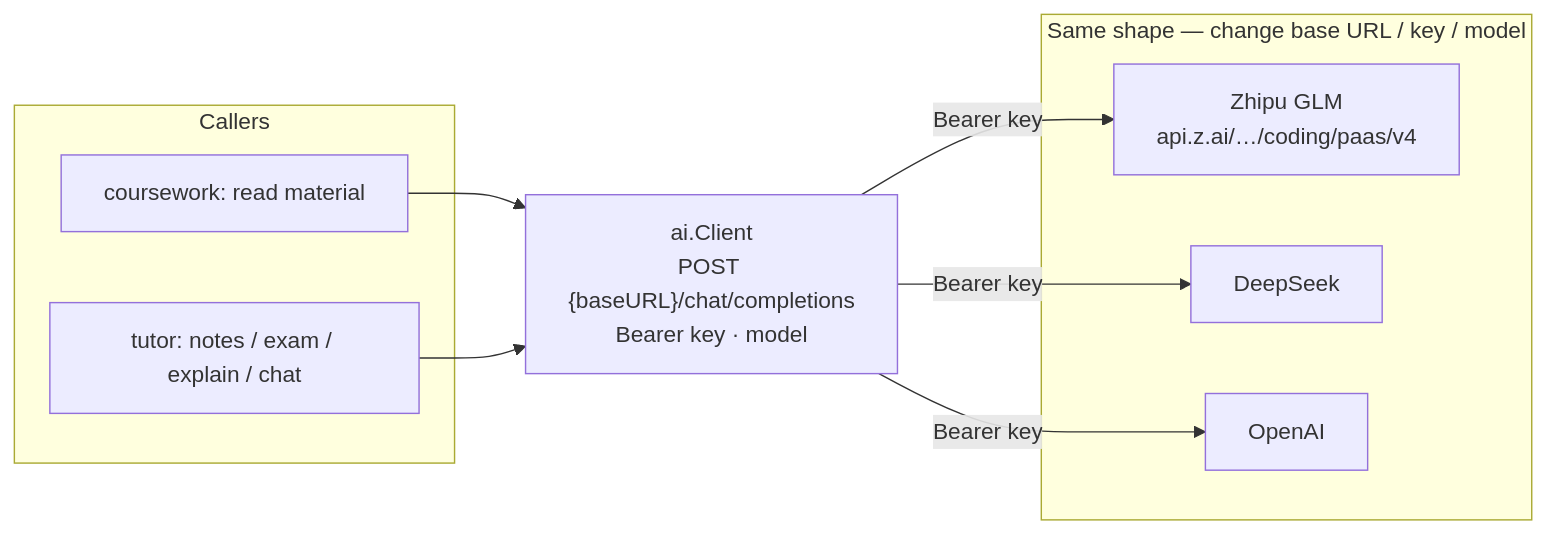
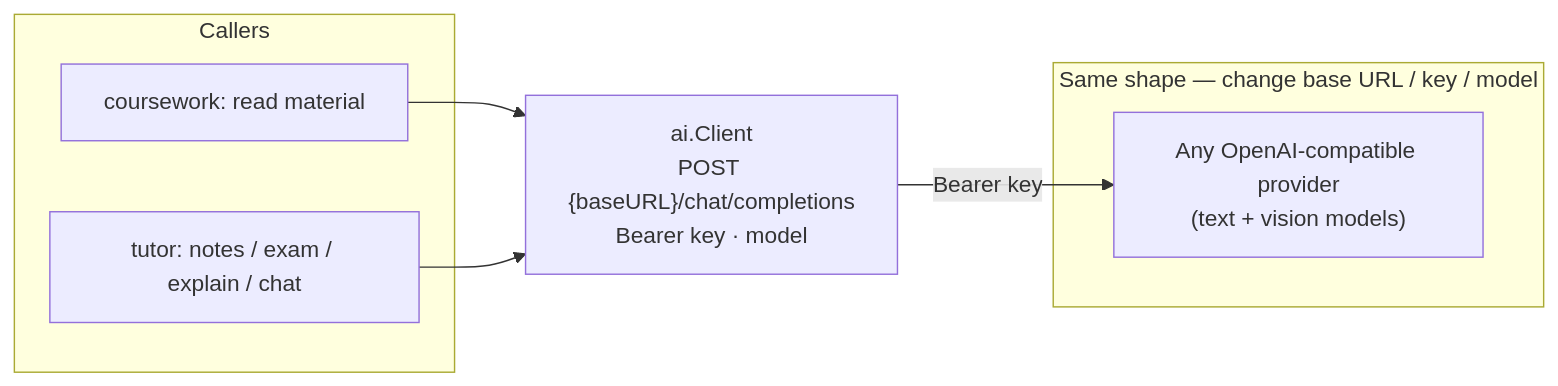
Before and after one commit to akbarharyadi/homework-studio: the sixth of 8 diagrams in docs/TECHNICAL.md, drawn with Mermaid. The commit also changed other lines of this file and 9 other files, not shown here.

````diff
--- a/docs/TECHNICAL.md
+++ b/docs/TECHNICAL.md
@@ -353,17 +353,15 @@
 ```mermaid
 flowchart LR
     subgraph Callers
         PIPE["coursework: read material"]
         TUTX["tutor: notes / exam / explain / chat"]
     end
     CLI["ai.Client<br/>POST {baseURL}/chat/completions<br/>Bearer key · model"]
     subgraph Providers["Same shape — change base URL / key / model"]
-        GLM["Zhipu GLM<br/>api.z.ai/…/coding/paas/v4"]
-        DS["DeepSeek"]
-        OA["OpenAI"]
+        ANY["Any OpenAI-compatible provider<br/>(text + vision models)"]
     end
 
     PIPE --> CLI
     TUTX --> CLI
-    CLI -->|Bearer key| GLM & DS & OA
+    CLI -->|Bearer key| ANY
 ```
````
